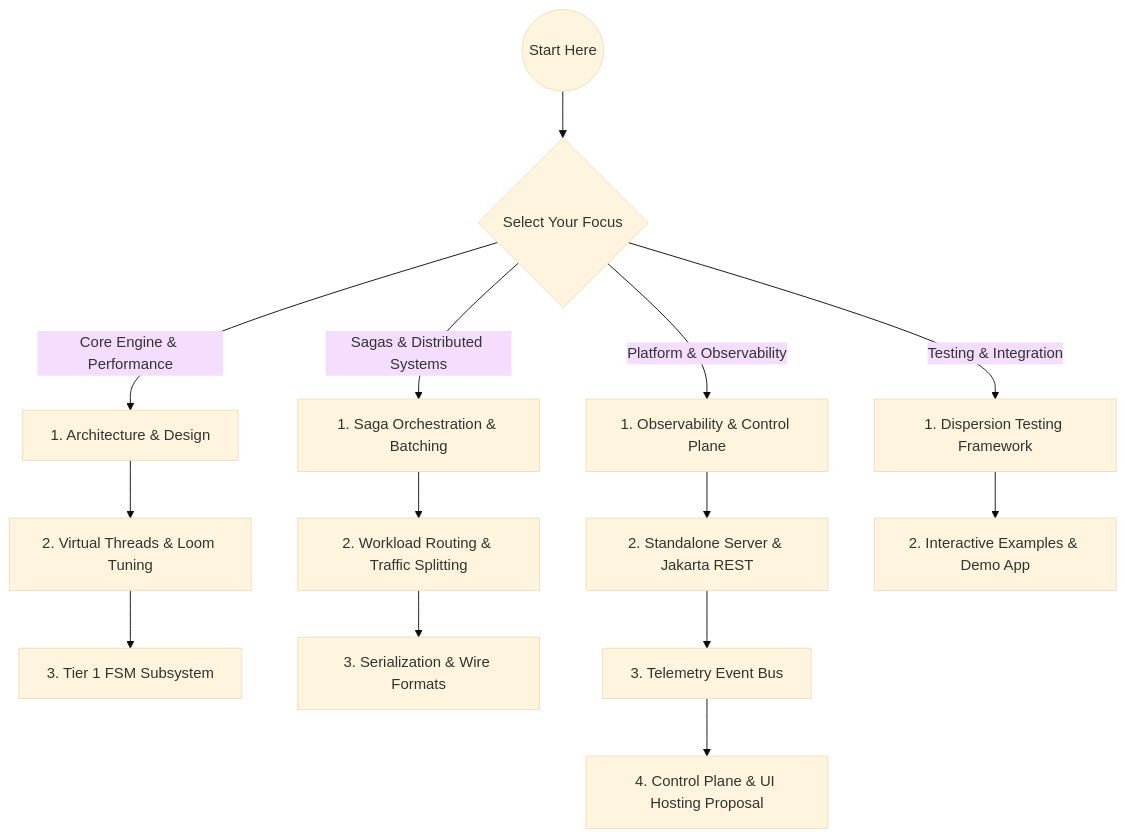
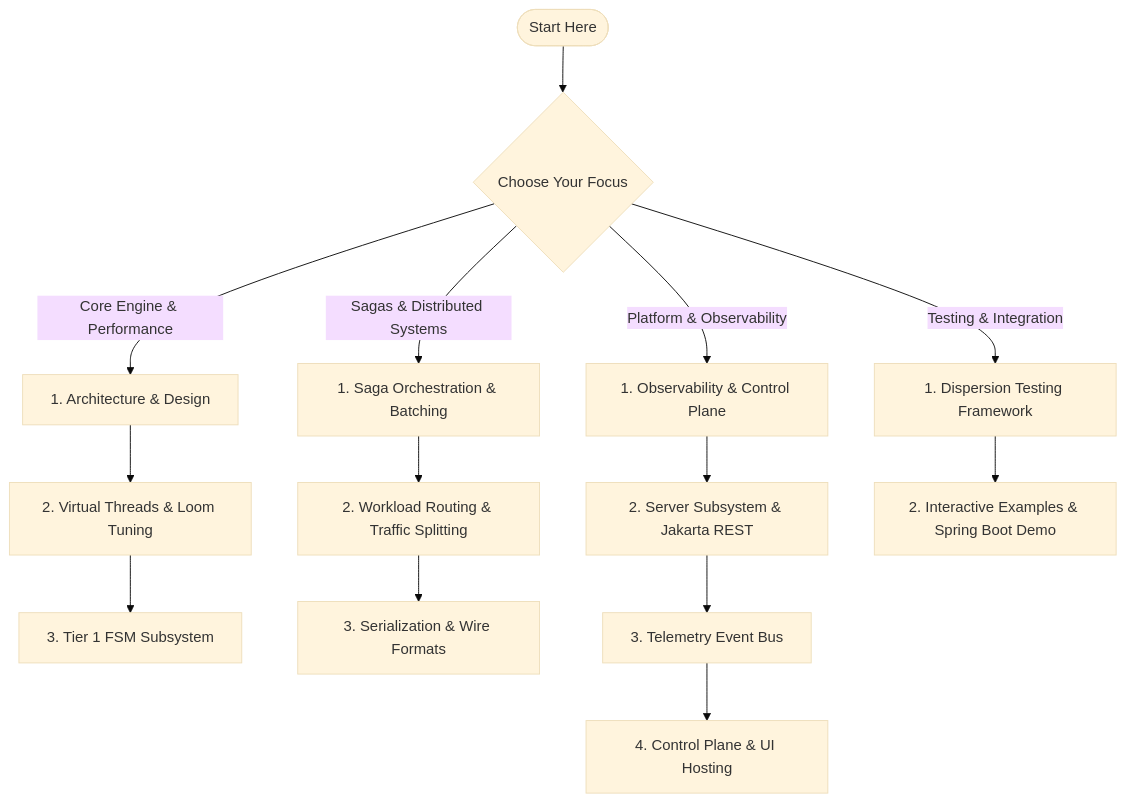
The diagram in docs/README.md (f442y/dispersion), drawn with Mermaid (base theme) before and after one commit. The commit also changed other lines of this file and 74 other files, not shown here.

Commit message:
feat: tiered telemetry, dynamic tap manager, Jakarta REST server, Spring Boot 4 demo & docs overhaul

````diff
--- a/docs/README.md
+++ b/docs/README.md
@@ -11,20 +11,20 @@
 ```mermaid
 graph TD
-    START((Start Here)) --> PATH{Select Your Focus}
+    START([Start Here]) --> PATH{Choose Your Focus}
 
     PATH -->|Core Engine & Performance| P1[1. Architecture & Design]
     P1 --> P2[2. Virtual Threads & Loom Tuning]
     P2 --> P3[3. Tier 1 FSM Subsystem]
 
     PATH -->|Sagas & Distributed Systems| S1[1. Saga Orchestration & Batching]
     S1 --> S2[2. Workload Routing & Traffic Splitting]
     S2 --> S3[3. Serialization & Wire Formats]
 
     PATH -->|Platform & Observability| O1[1. Observability & Control Plane]
-    O1 --> O2[2. Standalone Server & Jakarta REST]
+    O1 --> O2[2. Server Subsystem & Jakarta REST]
     O2 --> O3[3. Telemetry Event Bus]
-    O3 --> O4[4. Control Plane & UI Hosting Proposal]
+    O3 --> O4[4. Control Plane & UI Hosting]
 
     PATH -->|Testing & Integration| T1[1. Dispersion Testing Framework]
-    T1 --> T2[2. Interactive Examples & Demo App]
+    T1 --> T2[2. Interactive Examples & Spring Boot Demo]
 ```
````
